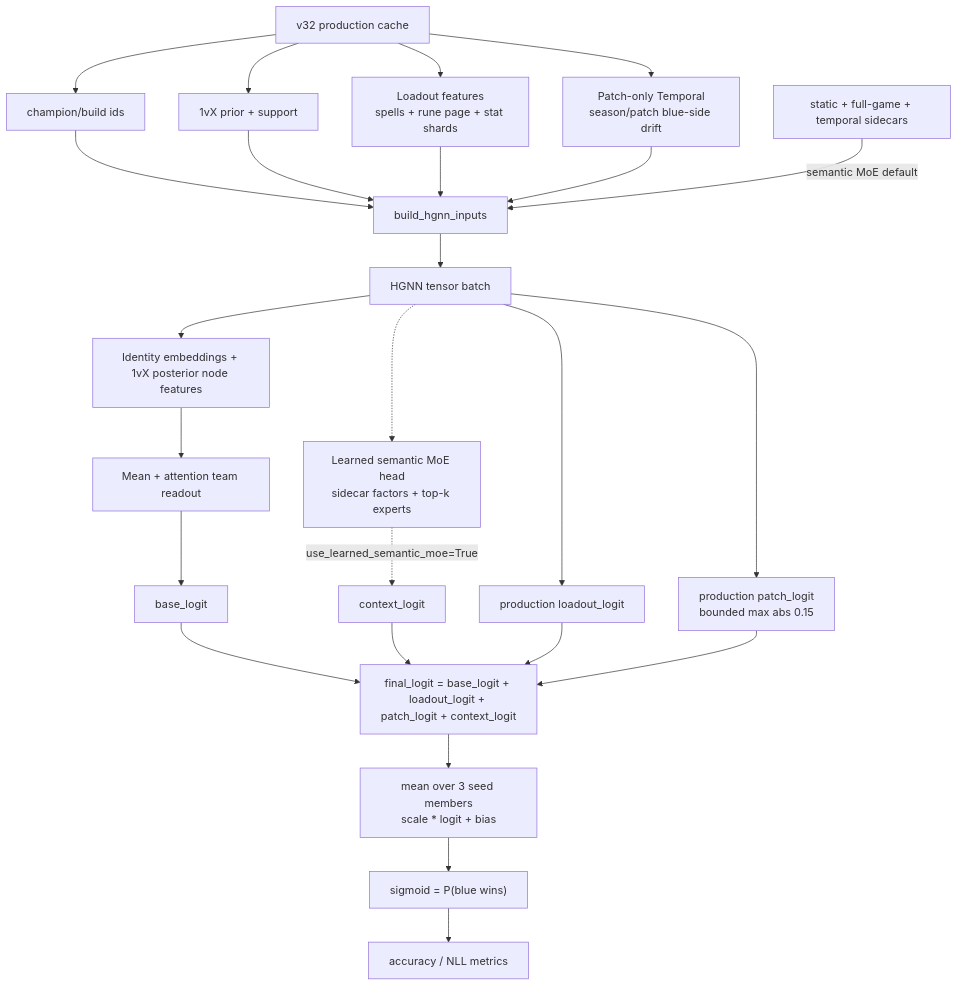
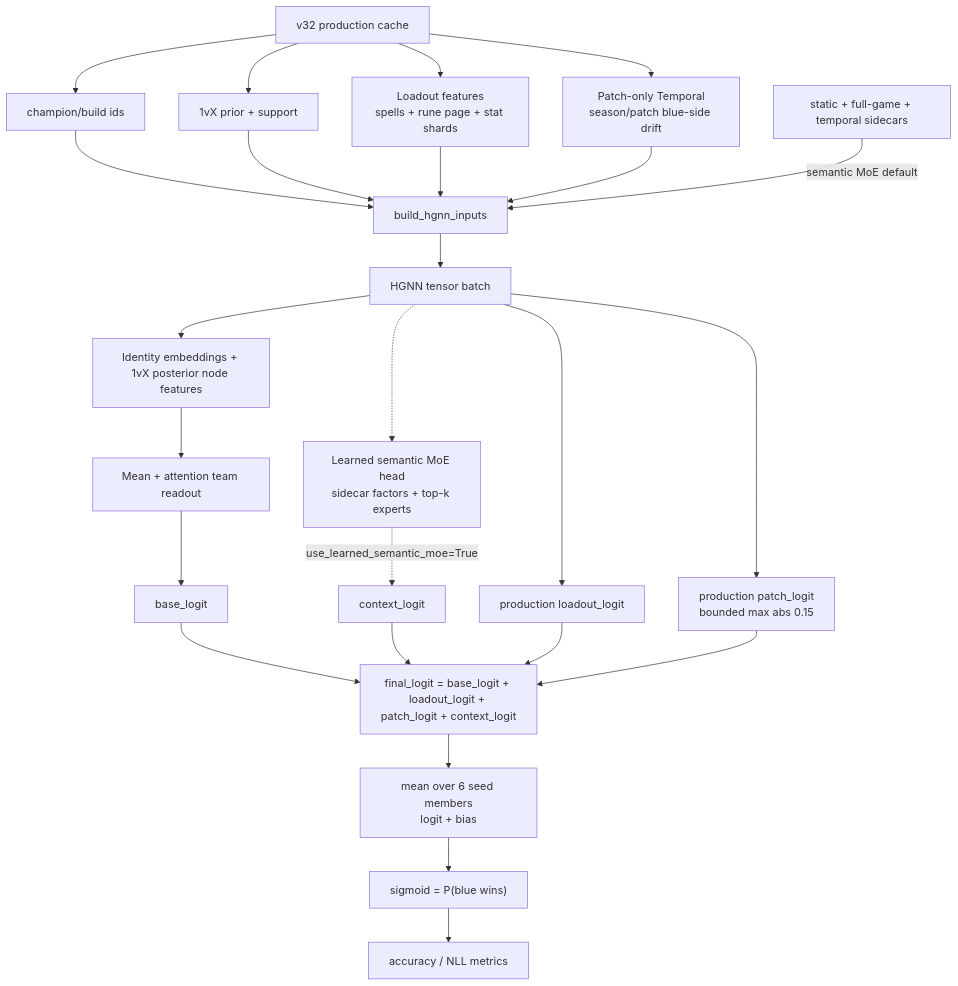
The first of 2 diagrams in app/ml/documentation/HGNN_CURRENT.md (JackLGZimmerman/riot-api-ecosystem), drawn with Mermaid before and after one commit. The commit also changed other lines of this file and 7 other files, not shown here.

First line of the commit message:
Promote 6-seed bias-only ensemble and close the 1vX feature axis

````diff
--- a/app/ml/documentation/HGNN_CURRENT.md
+++ b/app/ml/documentation/HGNN_CURRENT.md
@@ -134,29 +150,29 @@
 ```mermaid
 flowchart TD
     cache["v32 production cache"] --> ids["champion/build ids"]
     cache --> prior["1vX prior + support"]
     cache --> loadout["Loadout features<br/>spells + rune page + stat shards"]
     cache --> patch["Patch-only Temporal<br/>season/patch blue-side drift"]
 
     ids --> hgnn_inputs["build_hgnn_inputs"]
     prior --> hgnn_inputs
     loadout --> hgnn_inputs
     patch --> hgnn_inputs
     sidecars["static + full-game + temporal sidecars"] -->|semantic MoE default| hgnn_inputs
 
     hgnn_inputs --> tensor_batch["HGNN tensor batch"]
     tensor_batch --> nodes["Identity embeddings + 1vX posterior node features"]
     tensor_batch --> loadout_logit["production loadout_logit"]
     tensor_batch --> patch_logit["production patch_logit<br/>bounded max abs 0.15"]
     tensor_batch -.-> moe["Learned semantic MoE head<br/>sidecar factors + top-k experts"]
     nodes --> readout["Mean + attention team readout"]
     readout --> base["base_logit"]
     moe -.->|use_learned_semantic_moe=True| context_logit
     base --> final["final_logit = base_logit + loadout_logit + patch_logit + context_logit"]
     context_logit --> final
     loadout_logit --> final
     patch_logit --> final
-    final --> ensemble["mean over 3 seed members<br/>scale * logit + bias"]
+    final --> ensemble["mean over 6 seed members<br/>logit + bias"]
     ensemble --> prob["sigmoid = P(blue wins)"]
     prob --> metrics["accuracy / NLL metrics"]
 ```
````
